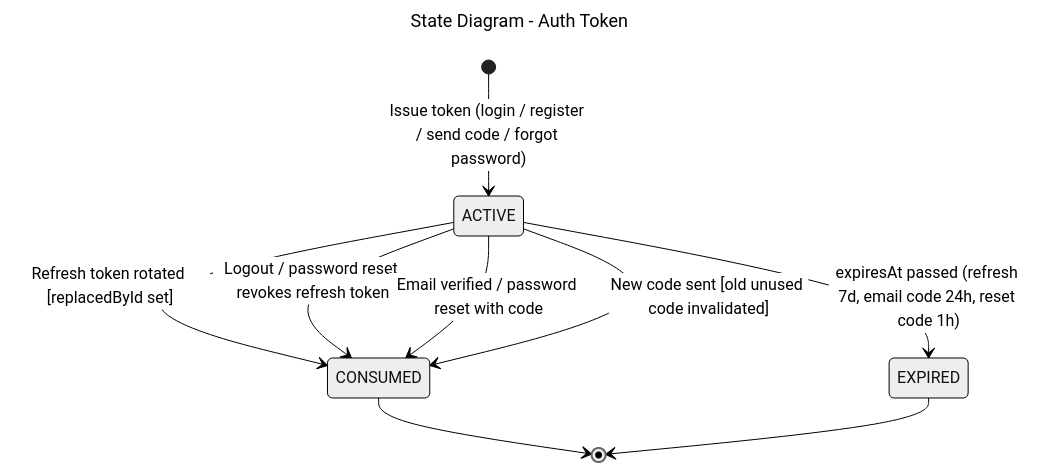
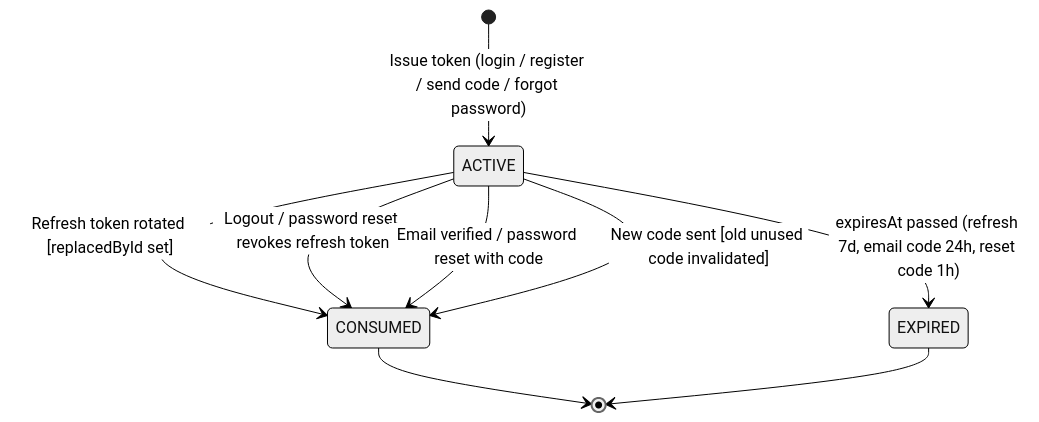
One commit to SEP490-GFA26SE186/BE changed the diagram in docs/diagrams/sdd/3.1a-state-auth-token.mmd. Above: the diagram before and after it, drawn with Mermaid. The commit also changed 63 other files, not shown here.

```diff
--- a/docs/diagrams/sdd/3.1a-state-auth-token.mmd
+++ b/docs/diagrams/sdd/3.1a-state-auth-token.mmd
@@ -1,23 +1,22 @@
 ---
-title: "State Diagram - Auth Token"
 config:
   theme: neutral
   themeVariables:
     background: '#ffffff'
     noteBkgColor: '#ffffff'
     noteBorderColor: '#999999'
     noteTextColor: '#000000'
 ---
 stateDiagram-v2
   state "ACTIVE" as ACTIVE
   state "CONSUMED" as CONSUMED
   state "EXPIRED" as EXPIRED
 
   [*] --> ACTIVE : Issue token (login / register / send code / forgot password)
   ACTIVE --> CONSUMED : Refresh token rotated [replacedById set]
   ACTIVE --> CONSUMED : Logout / password reset revokes refresh token
   ACTIVE --> CONSUMED : Email verified / password reset with code
   ACTIVE --> CONSUMED : New code sent [old unused code invalidated]
   ACTIVE --> EXPIRED : expiresAt passed (refresh 7d, email code 24h, reset code 1h)
   CONSUMED --> [*]
   EXPIRED --> [*]
```
